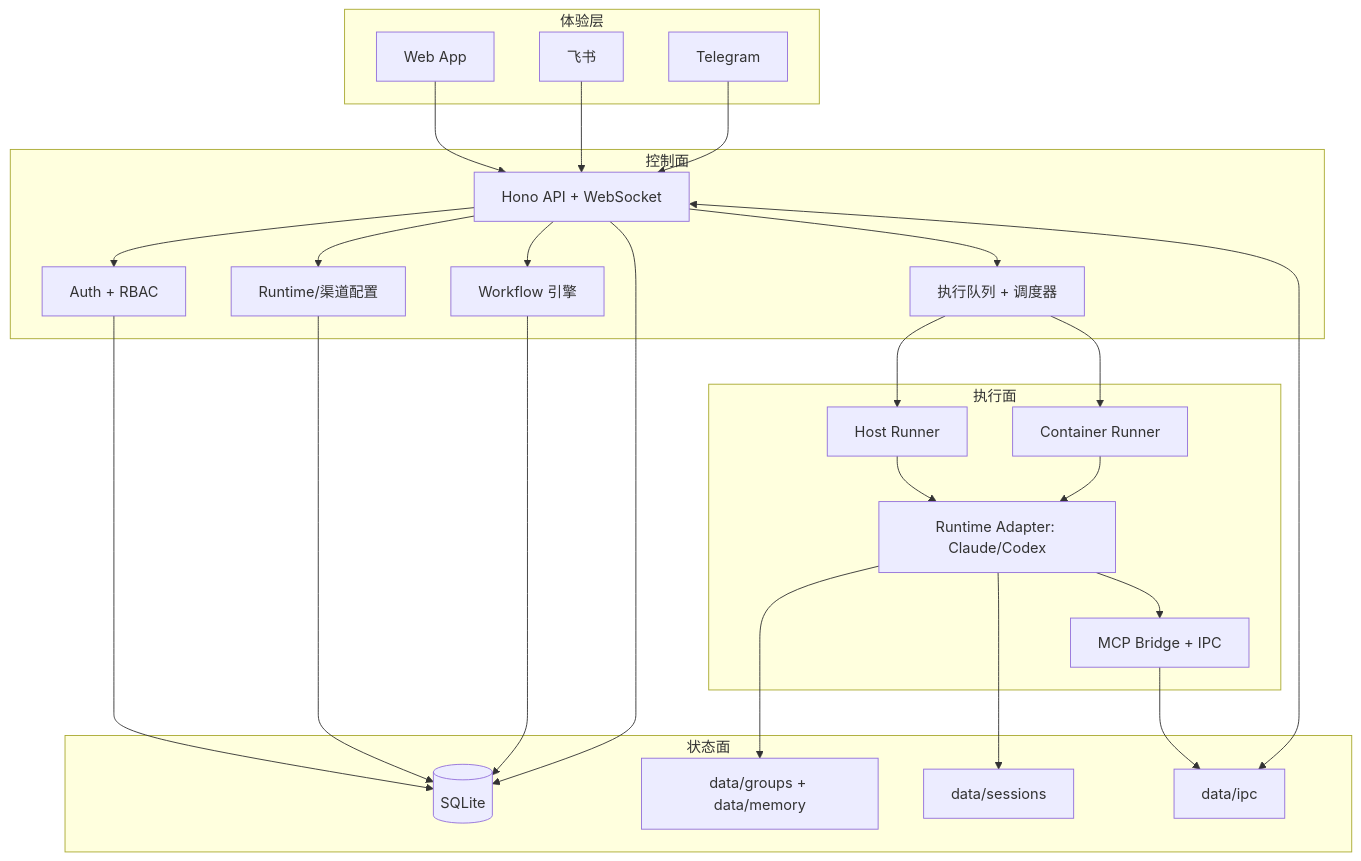
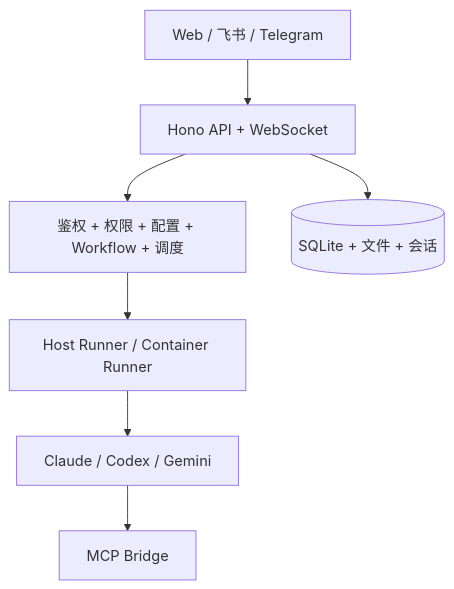
One commit to kexuejin/solomesh changed the diagram in README.zh-CN.md. Above: the diagram before and after it, drawn with Mermaid. The commit also changed other lines of this file and 1 other file, not shown here.

````diff
--- a/README.zh-CN.md
+++ b/README.zh-CN.md
@@ -116,55 +169,9 @@
 ```mermaid
 flowchart TB
-  subgraph L1[体验层]
-    W[Web App]
-    F[飞书]
-    T[Telegram]
-  end
-
-  subgraph L2[控制面]
-    API[Hono API + WebSocket]
-    AUTH[Auth + RBAC]
-    CFG[Runtime/渠道配置]
-    WF[Workflow 引擎]
-    QUEUE[执行队列 + 调度器]
-  end
-
-  subgraph L3[执行面]
-    HOST[Host Runner]
-    CTR[Container Runner]
-    RT[Runtime Adapter: Claude/Codex]
-    MCP[MCP Bridge + IPC]
-  end
-
-  subgraph L4[状态面]
-    DB[(SQLite)]
-    FILES[data/groups + data/memory]
-    SESS[data/sessions]
-    IPC[data/ipc]
-  end
-
-  W --> API
-  F --> API
-  T --> API
-
-  API --> AUTH
-  API --> CFG
-  API --> WF
-  API --> QUEUE
-
-  QUEUE --> HOST
-  QUEUE --> CTR
-  HOST --> RT
-  CTR --> RT
-  RT --> MCP
-
-  AUTH --> DB
-  CFG --> DB
-  WF --> DB
-  API --> DB
-
-  RT --> FILES
-  RT --> SESS
-  MCP --> IPC
-  API <--> IPC
+  U[Web / 飞书 / Telegram] --> API[Hono API + WebSocket]
+  API --> CTRL[鉴权 + 权限 + 配置 + Workflow + 调度]
+  CTRL --> RUN[Host Runner / Container Runner]
+  RUN --> RT[Claude / Codex / Gemini]
+  RT --> MCP[MCP Bridge]
+  API --> DB[(SQLite + 文件 + 会话)]
 ```
````
